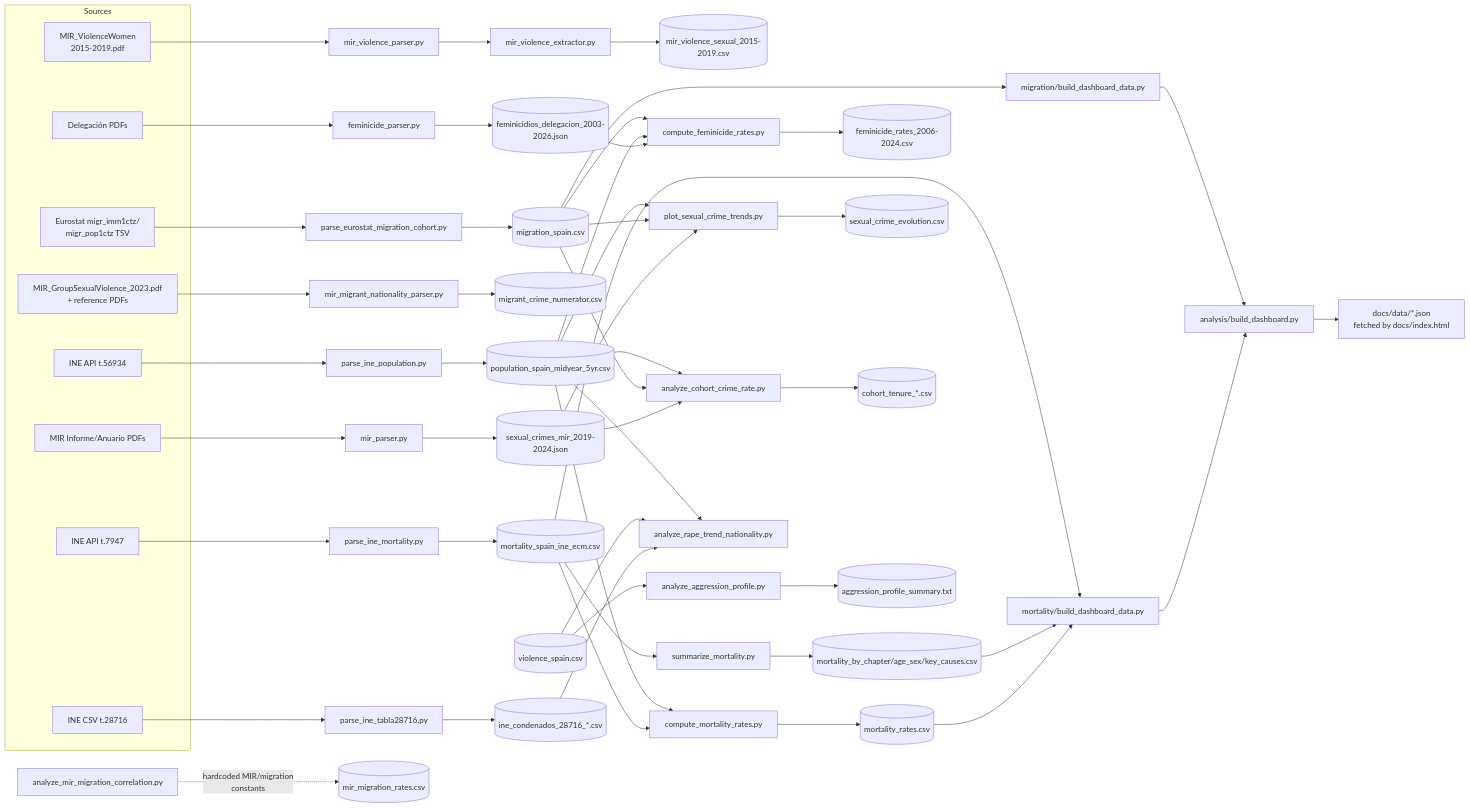
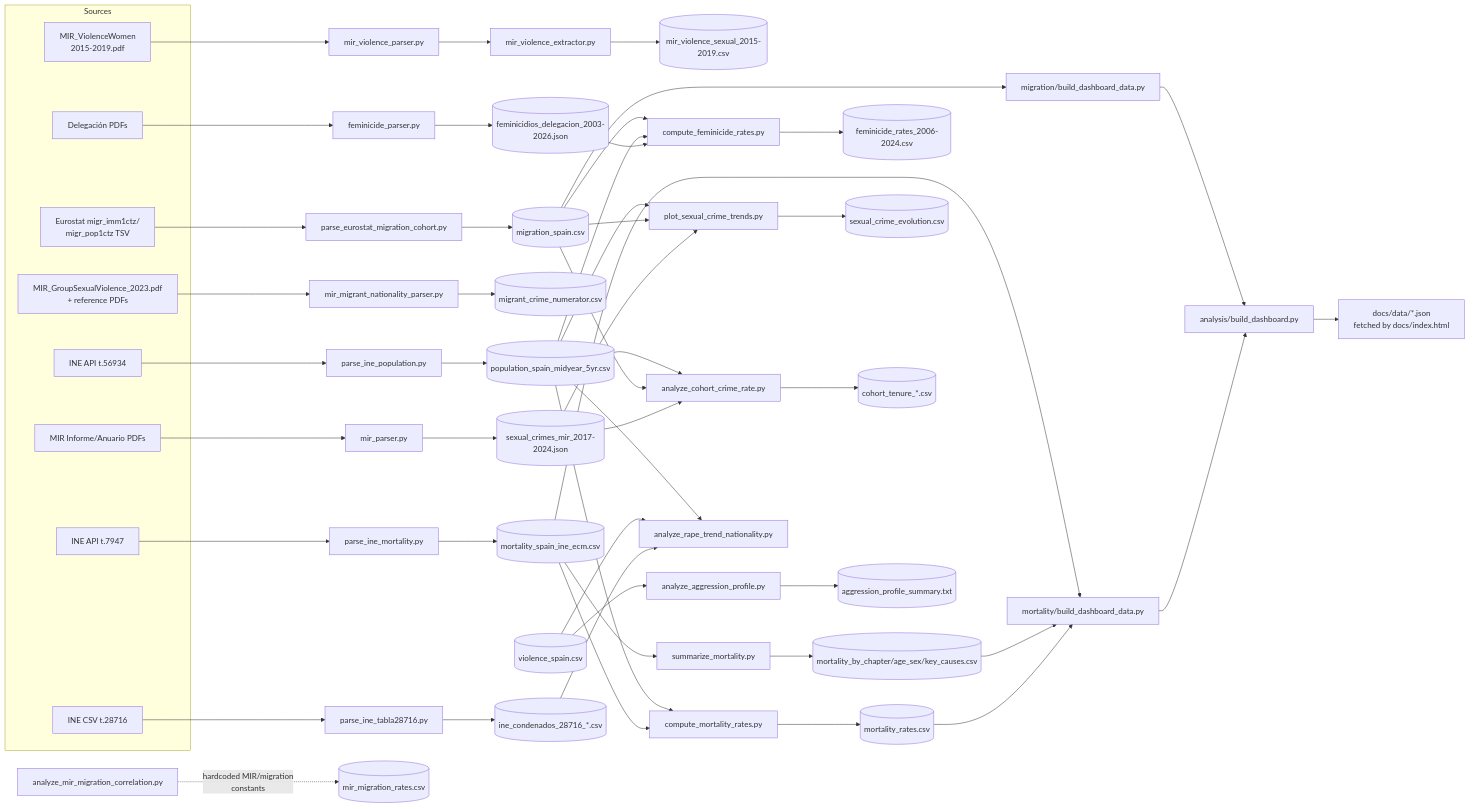
One commit to JavierGOrdonnez/SVS changed the diagram in data/PIPELINE.md. Above: the diagram before and after it, drawn with Mermaid. The commit also changed other lines of this file and 54 other files, not shown here.

````diff
--- a/data/PIPELINE.md
+++ b/data/PIPELINE.md
@@ -65,59 +72,59 @@
 ```mermaid
 flowchart LR
   subgraph Sources
     PDF_FEM[Delegación PDFs]
     PDF_MIR[MIR Informe/Anuario PDFs]
     PDF_MIRV[MIR_ViolenceWomen<br/>2015-2019.pdf]
     PDF_GRP[MIR_GroupSexualViolence_2023.pdf<br/>+ reference PDFs]
     API_POP[INE API t.56934]
     API_MORT[INE API t.7947]
     URL_28716[INE CSV t.28716]
     TSV_EURO[Eurostat migr_imm1ctz/<br/>migr_pop1ctz TSV]
   end
 
   PDF_FEM --> feminicide_parser.py --> JSON_FEM[(feminicidios_delegacion_2003-2026.json)]
-  PDF_MIR --> mir_parser.py --> JSON_MIR[(sexual_crimes_mir_2019-2024.json)]
+  PDF_MIR --> mir_parser.py --> JSON_MIR[(sexual_crimes_mir_2017-2024.json)]
   PDF_MIRV --> mir_violence_parser.py --> mir_violence_extractor.py --> CSV_MIRV[(mir_violence_sexual_2015-2019.csv)]
   PDF_GRP --> mir_migrant_nationality_parser.py --> CSV_MIG[(migrant_crime_numerator.csv)]
   API_POP --> parse_ine_population.py --> CSV_POP[(population_spain_midyear_5yr.csv)]
   API_MORT --> parse_ine_mortality.py --> CSV_ECM[(mortality_spain_ine_ecm.csv)]
   CSV_ECM --> summarize_mortality.py --> CSV_MORTSUM[(mortality_by_chapter/age_sex/key_causes.csv)]
   URL_28716 --> parse_ine_tabla28716.py --> CSV_28716[(ine_condenados_28716_*.csv)]
   TSV_EURO --> parse_eurostat_migration_cohort.py --> CSV_MIGR[(migration_spain.csv)]
 
   JSON_FEM --> compute_feminicide_rates.py
   CSV_POP --> compute_feminicide_rates.py
   CSV_MIGR --> compute_feminicide_rates.py
   compute_feminicide_rates.py --> CSV_FEMRATE[(feminicide_rates_2006-2024.csv)]
 
   CSV_ECM --> compute_mortality_rates.py
   CSV_POP --> compute_mortality_rates.py
   compute_mortality_rates.py --> CSV_MORTRATE[(mortality_rates.csv)]
 
   CSV_MORTRATE --> MORT_BUILD[mortality/build_dashboard_data.py]
   CSV_MORTSUM --> MORT_BUILD
   CSV_ECM --> MORT_BUILD
   MORT_BUILD --> ORCH[analysis/build_dashboard.py]
 
   CSV_MIGR --> MIGR_BUILD[migration/build_dashboard_data.py] --> ORCH
 
   ORCH --> DASH1[docs/data/*.json<br/>fetched by docs/index.html]
 
   JSON_MIR --> plot_sexual_crime_trends.py
   CSV_MIGR --> plot_sexual_crime_trends.py
   CSV_POP --> plot_sexual_crime_trends.py
   plot_sexual_crime_trends.py --> CSV_TREND[(sexual_crime_evolution.csv)]
 
   JSON_MIR --> analyze_cohort_crime_rate.py
   CSV_MIGR --> analyze_cohort_crime_rate.py
   CSV_POP --> analyze_cohort_crime_rate.py
   analyze_cohort_crime_rate.py --> CSV_COHORT[(cohort_tenure_*.csv)]
 
   CSV_28716 --> analyze_rape_trend_nationality.py
   CSV_VIOL[(violence_spain.csv)] --> analyze_rape_trend_nationality.py
   CSV_POP --> analyze_rape_trend_nationality.py
 
   CSV_VIOL --> analyze_aggression_profile.py --> TXT_AGG[(aggression_profile_summary.txt)]
 
   analyze_mir_migration_correlation.py -. hardcoded MIR/migration<br/>constants .-> CSV_CORR[(mir_migration_rates.csv)]
 ```
````
